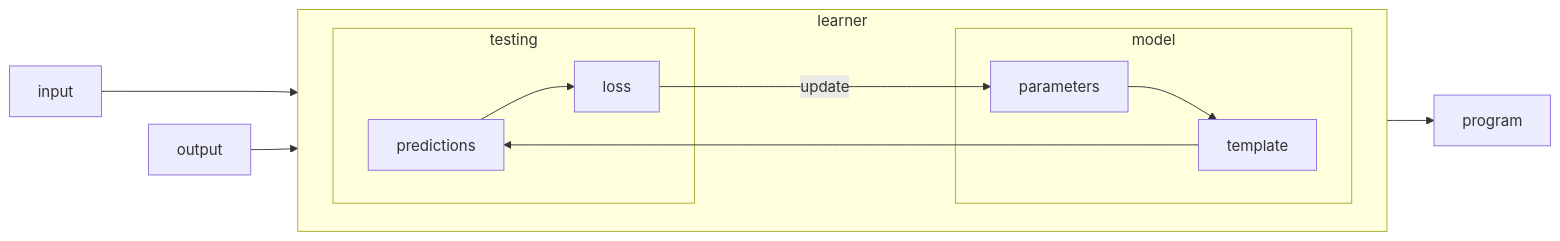
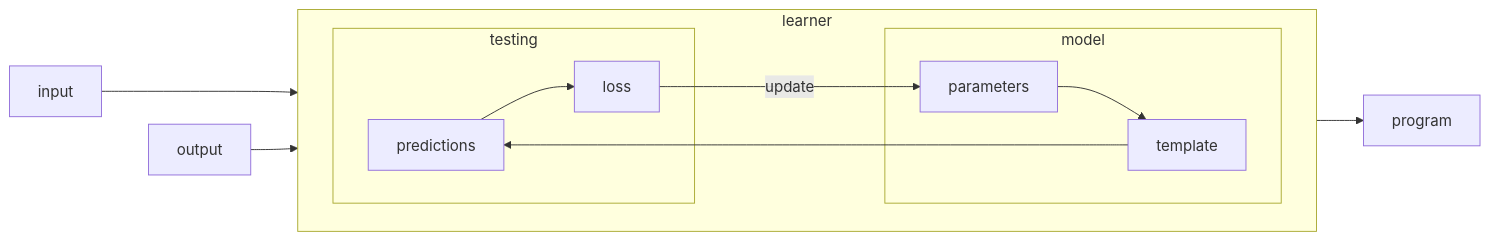
One commit to nicoladerric/nicoladerric.github.io changed the third of 3 diagrams in _posts/2023-08-16-rivoluzione.md. Above: the diagram before and after it, drawn with Mermaid.

````diff
--- a/_posts/2023-08-16-rivoluzione.md
+++ b/_posts/2023-08-16-rivoluzione.md
@@ -53,18 +53,18 @@
 ```mermaid
 flowchart LR;
     input ---> template;
     subgraph learner
         direction LR
+        model ~~~ testing;
         subgraph model
         parameters --> template;
         end
         subgraph testing
         template --> predictions;
         predictions --> loss;
-        loss ----> |update|parameters;
+        loss ---> |update|parameters;
         end
-        model ~~~ testing;
     end
     output --> loss;
     learner --> program
 ```
````
